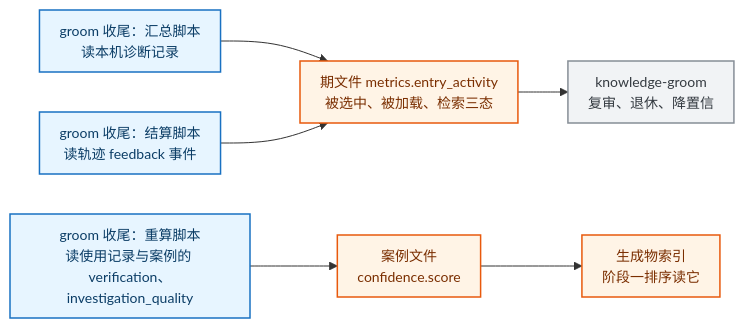
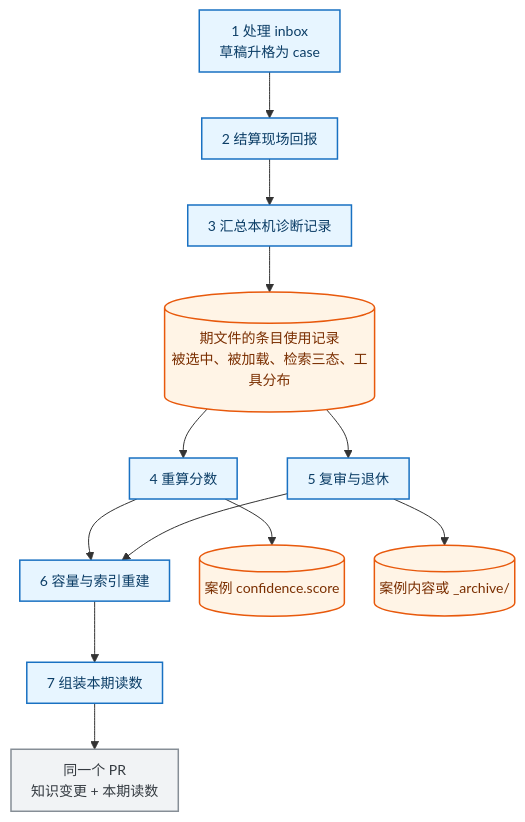
The third of 4 diagrams in docs/mechanism/diagnosis-observability.md (Bowen-Leee/ascend-sleuth), drawn with Mermaid before and after one commit. The commit also changed other lines of this file, not shown here.

First line of the commit message:
docs(机制): 写清触发顺序：一次 groom 七步、两条 PR 流

````diff
--- a/docs/mechanism/diagnosis-observability.md
+++ b/docs/mechanism/diagnosis-observability.md
@@ -197,16 +165,22 @@
 ```mermaid
-%%{init: {'themeVariables':{'fontSize':'14px'},'flowchart':{'curve':'basis','nodeSpacing':40,'rankSpacing':50,'padding':10}}}%%
-flowchart LR
-    A["groom 收尾：汇总脚本<br/>读本机诊断记录"] --> L["期文件 metrics.entry_activity<br/>被选中、被加载、检索三态"]
-    B["groom 收尾：结算脚本<br/>读轨迹 feedback 事件"] --> L
-    C["groom 收尾：重算脚本<br/>读使用记录与案例的 verification、investigation_quality"] --> S["案例文件<br/>confidence.score"]
-    S --> I["生成物索引<br/>阶段一排序读它"]
-    L --> G["knowledge-groom<br/>复审、退休、降置信"]
+%%{init: {'themeVariables':{'fontSize':'14px'},'flowchart':{'curve':'basis','nodeSpacing':30,'rankSpacing':46,'padding':10}}}%%
+flowchart TB
+    S1["1 处理 inbox<br/>草稿升格为 case"] --> S2["2 结算现场回报"]
+    S2 --> S3["3 汇总本机诊断记录"]
+    S3 --> R[("期文件的条目使用记录<br/>被选中、被加载、检索三态、工具分布")]
+    R --> S4["4 重算分数"]
+    R --> S5["5 复审与退休"]
+    S4 --> S6["6 容量与索引重建"]
+    S5 --> S6
+    S6 --> S7["7 组装本期读数"]
+    S7 --> PR["同一个 PR<br/>知识变更 + 本期读数"]
+    S4 --> C[("案例 confidence.score")]
+    S5 --> C2[("案例内容或 _archive/")]
 
-    classDef w fill:#e7f5ff,stroke:#1971c2,stroke-width:1.5px,color:#0b3d66
-    classDef f fill:#fff4e6,stroke:#e8590c,stroke-width:1.5px,color:#7a2e00
-    classDef c fill:#f1f3f5,stroke:#868e96,stroke-width:1.5px,color:#343a40
-    class A,B,C w
-    class L,S,I f
-    class G c
+    classDef step fill:#e7f5ff,stroke:#1971c2,stroke-width:1.5px,color:#0b3d66
+    classDef store fill:#fff4e6,stroke:#e8590c,stroke-width:1.5px,color:#7a2e00
+    classDef pr fill:#f1f3f5,stroke:#868e96,stroke-width:1.5px,color:#343a40
+    class S1,S2,S3,S4,S5,S6,S7 step
+    class R,C,C2 store
+    class PR pr
 ```
````
